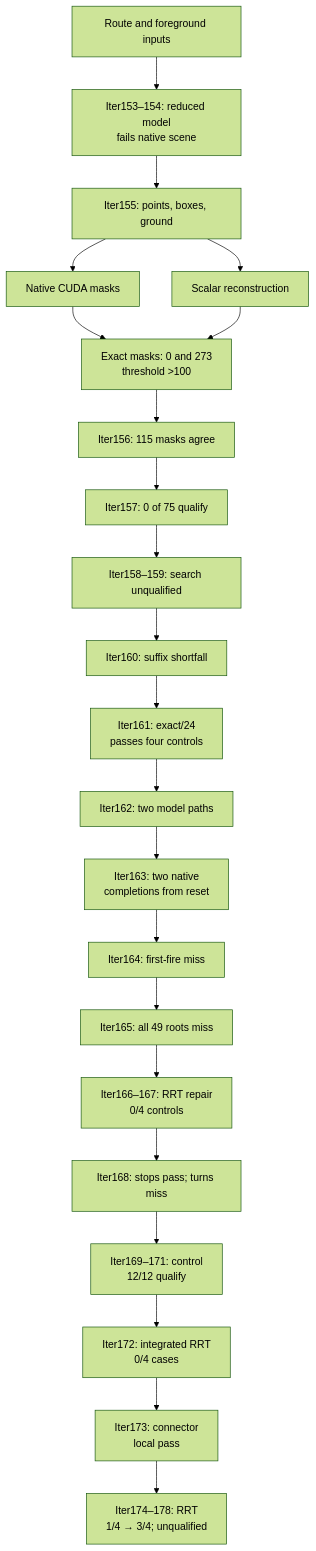
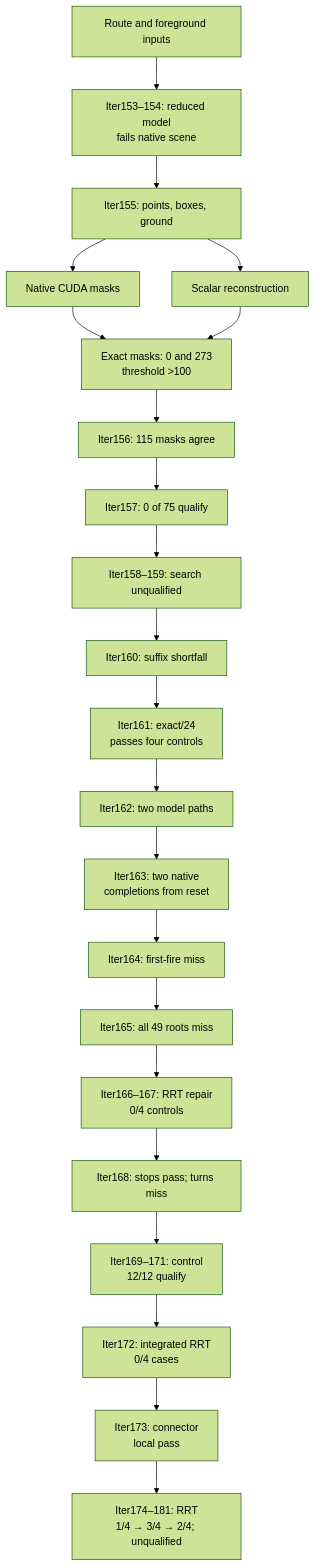
The fourth of 5 diagrams in docs/ARCHITECTURE.md (manfromnowhere143/sentinel), drawn with Mermaid (forest theme) before and after one commit. The commit also changed other lines of this file and 9 other files, not shown here.

````diff
--- a/docs/ARCHITECTURE.md
+++ b/docs/ARCHITECTURE.md
@@ -209,26 +209,26 @@
 ```mermaid
 flowchart TB
   accTitle: Scene constraints and planner qualification
   accDescr: Reset completion is not first-fire recovery.
   G["Route and foreground inputs"] --> M["Iter153–154: reduced model<br/>fails native scene"]
   M --> X["Iter155: points, boxes, ground"]
   X --> C["Native CUDA masks"]
   X --> S["Scalar reconstruction"]
   C --> E["Exact masks: 0 and 273<br/>threshold >100"]
   S --> E
   E --> F["Iter156: 115 masks agree"]
   F --> L["Iter157: 0 of 75 qualify"]
   L --> A["Iter158–159: search unqualified"]
   A --> K["Iter160: suffix shortfall"]
   K --> Z["Iter161: exact/24<br/>passes four controls"]
   Z --> Y["Iter162: two model paths"]
   Y --> V["Iter163: two native<br/>completions from reset"]
   V --> B["Iter164: first-fire miss"]
   B --> D["Iter165: all 49 roots miss"]
   D --> R["Iter166–167: RRT repair<br/>0/4 controls"]
   R --> J["Iter168: stops pass; turns miss"]
   J --> H["Iter169–171: control<br/>12/12 qualify"]
   H --> I["Iter172: integrated RRT<br/>0/4 cases"]
   I --> O["Iter173: connector<br/>local pass"]
-  O --> U["Iter174–178: RRT<br/>1/4 → 3/4; unqualified"]
+  O --> U["Iter174–181: RRT<br/>1/4 → 3/4 → 2/4; unqualified"]
 ```
````
